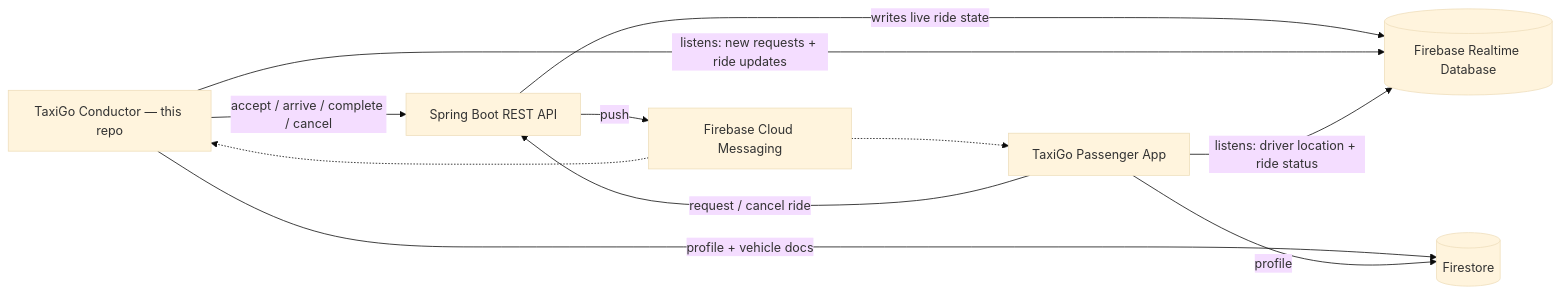
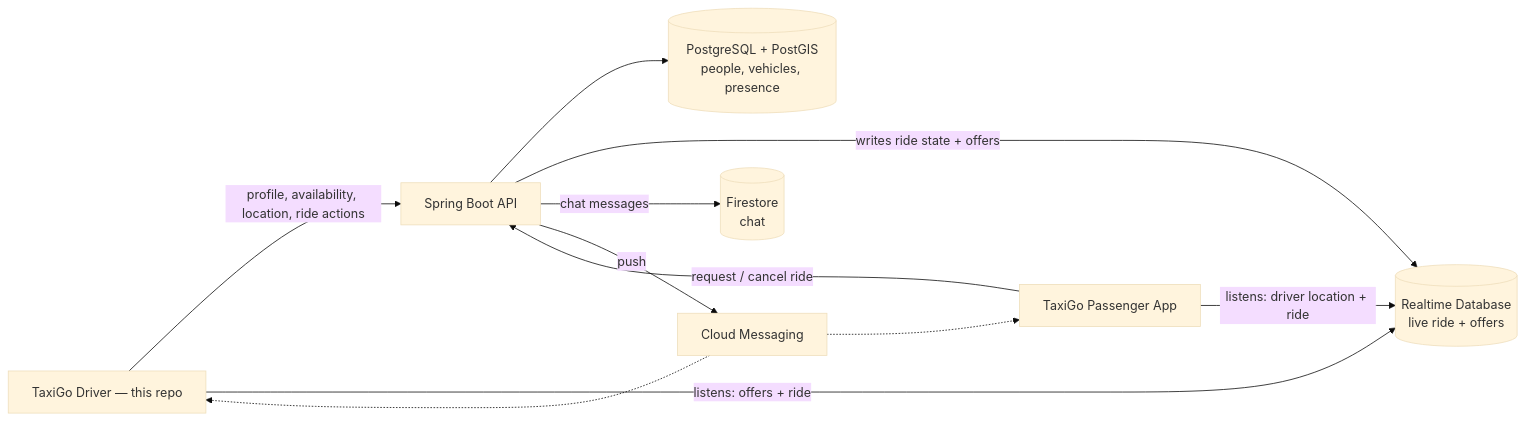
Before and after one commit to areascript22/project-taxi-driver: the second of 2 diagrams in README.md, drawn with Mermaid (base theme). The commit also changed other lines of this file, not shown here.

Commit message:
Rewrite README with current features, architecture and CI/CD

````diff
--- a/README.md
+++ b/README.md
@@ -100,20 +105,21 @@
 ```mermaid
 flowchart LR
-    DA["TaxiGo Conductor — this repo"]
+    DA["TaxiGo Driver — this repo"]
     PA["TaxiGo Passenger App"]
-    API["Spring Boot REST API"]
-    RTDB[("Firebase Realtime Database")]
-    FCM["Firebase Cloud Messaging"]
-    FS[("Firestore")]
+    API["Spring Boot API"]
+    PG[("PostgreSQL + PostGIS<br/>people, vehicles, presence")]
+    RTDB[("Realtime Database<br/>live ride + offers")]
+    FS[("Firestore<br/>chat")]
+    FCM["Cloud Messaging"]
 
-    DA -- "accept / arrive / complete / cancel" --> API
+    DA -- "profile, availability, location, ride actions" --> API
     PA -- "request / cancel ride" --> API
-    API -- "writes live ride state" --> RTDB
-    DA -- "listens: new requests + ride updates" --> RTDB
-    PA -- "listens: driver location + ride status" --> RTDB
+    API --> PG
+    API -- "writes ride state + offers" --> RTDB
+    DA -- "listens: offers + ride" --> RTDB
+    PA -- "listens: driver location + ride" --> RTDB
+    API -- "chat messages" --> FS
     API -- "push" --> FCM
     FCM -.-> DA
     FCM -.-> PA
-    DA -- "profile + vehicle docs" --> FS
-    PA -- "profile" --> FS
 ```
````
